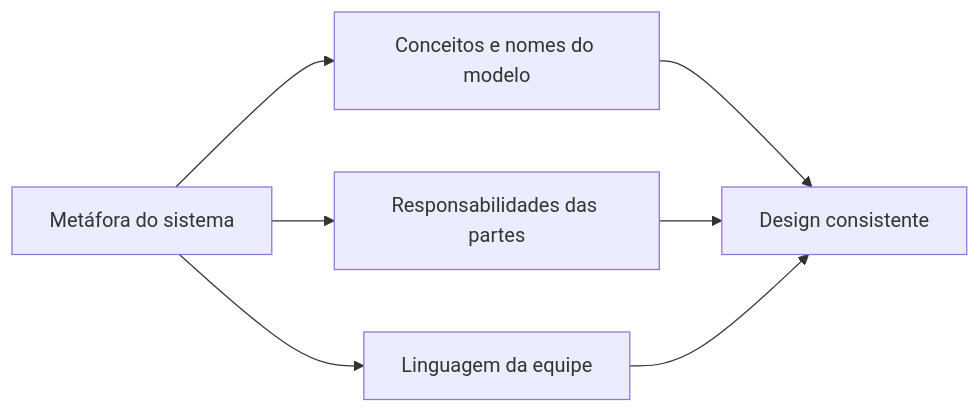
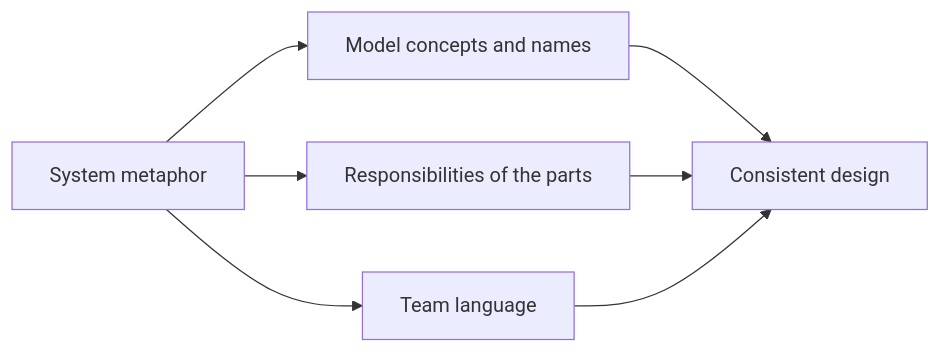
The diagram in docs/application/ddd/large-scale-structure/system-metaphor.md (alancesar/design-patterns), drawn with Mermaid before and after one commit. The commit also changed 258 other files, not shown here.

First line of the commit message:
Translate Mermaid diagrams to English

````diff
--- a/docs/application/ddd/large-scale-structure/system-metaphor.md
+++ b/docs/application/ddd/large-scale-structure/system-metaphor.md
@@ -55,9 +55,9 @@
 ```mermaid
 flowchart LR
-    M["Metáfora do sistema"] --> A["Conceitos e nomes do modelo"]
-    M --> B["Responsabilidades das partes"]
-    M --> C["Linguagem da equipe"]
-    A --> D["Design consistente"]
+    M["System metaphor"] --> A["Model concepts and names"]
+    M --> B["Responsibilities of the parts"]
+    M --> C["Team language"]
+    A --> D["Consistent design"]
     B --> D
     C --> D
 ```
````
